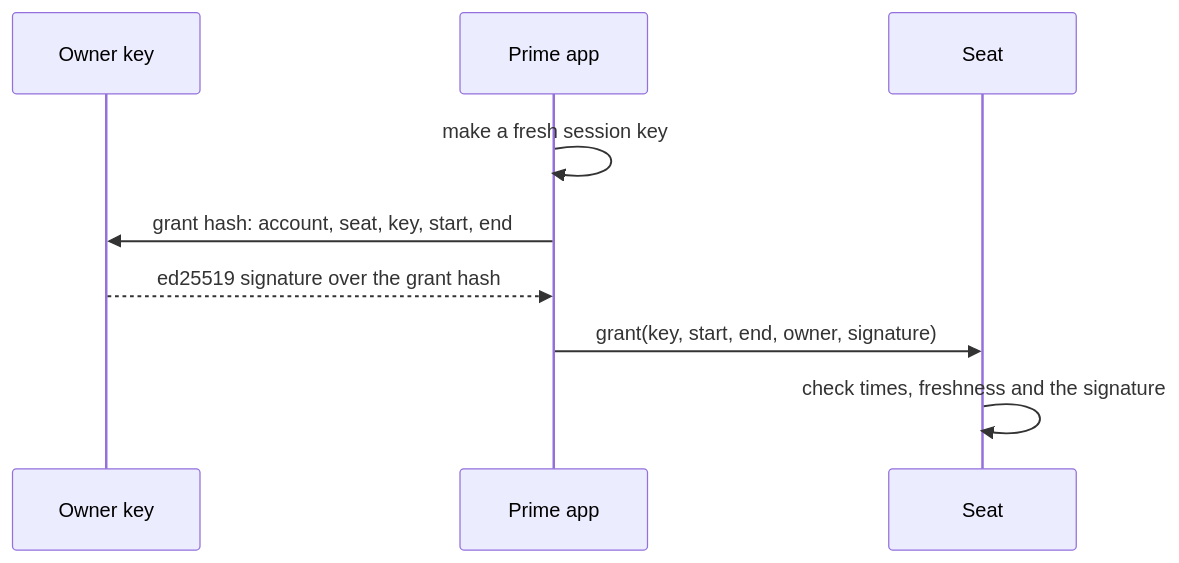
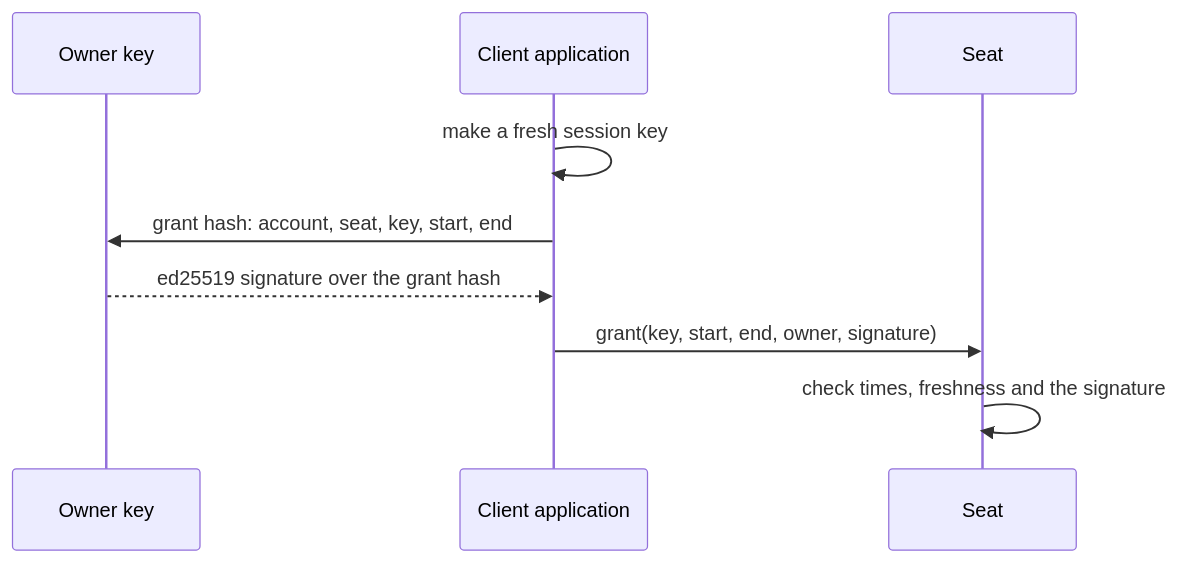
One commit to untangledfinance/oz-policy-builder changed the fifth of 6 diagrams in docs/architecture.md. Above: the diagram before and after it, drawn with Mermaid. The commit also changed other lines of this file and 48 other files, not shown here.

````diff
--- a/docs/architecture.md
+++ b/docs/architecture.md
@@ -192,11 +194,11 @@
 ```mermaid
 sequenceDiagram
   participant O as Owner key
-  participant A as Prime app
+  participant A as Client application
   participant S as Seat
   A->>A: make a fresh session key
   A->>O: grant hash: account, seat, key, start, end
   O-->>A: ed25519 signature over the grant hash
   A->>S: grant(key, start, end, owner, signature)
   S->>S: check times, freshness and the signature
 ```
````
